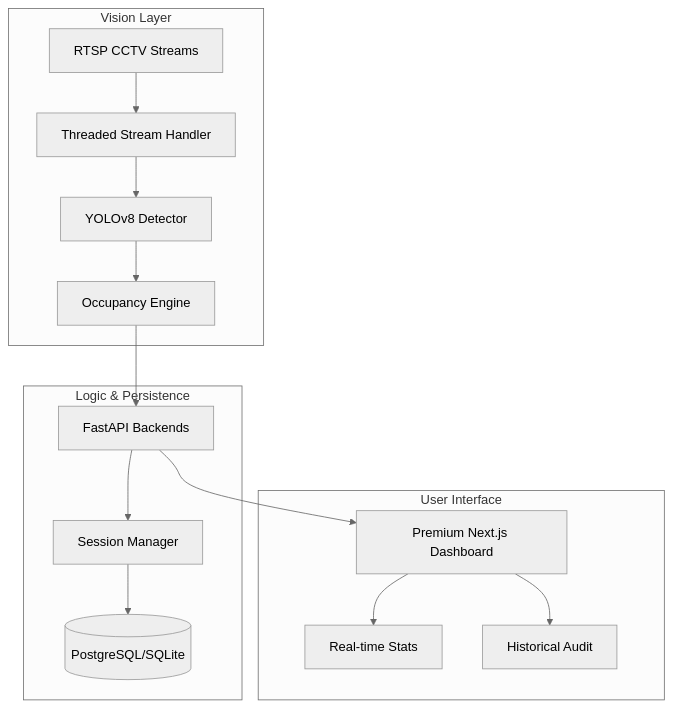
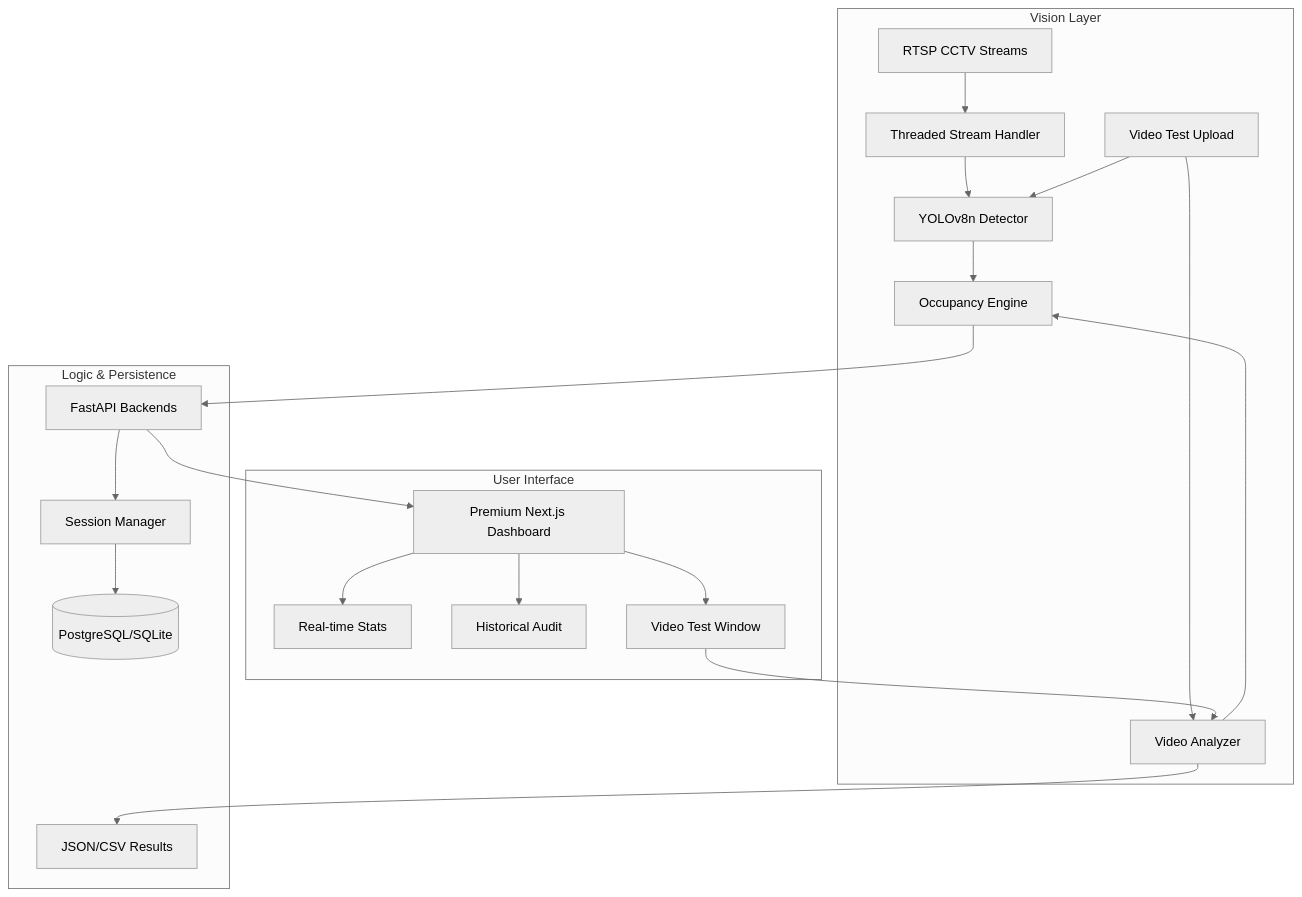
The diagram in README.md (angkon-125/worker-seat-tracker), drawn with Mermaid (neutral theme) before and after one commit. The commit also changed other lines of this file and 32 other files, not shown here.

Commit message:
Add Video Test module with single seat tracking (A) and improved UI

````diff
--- a/README.md
+++ b/README.md
@@ -24,20 +27,27 @@
 ```mermaid
 graph TD
     subgraph "Vision Layer"
         A[RTSP CCTV Streams] --> B[Threaded Stream Handler]
-        B --> C[YOLOv8 Detector]
+        B --> C[YOLOv8n Detector]
         C --> D[Occupancy Engine]
+        
+        V[Video Test Upload] --> C
+        V --> VT[Video Analyzer]
+        VT --> D
     end
     
     subgraph "Logic & Persistence"
         D --> E[FastAPI Backends]
         E --> F[Session Manager]
         F --> G[(PostgreSQL/SQLite)]
+        VT --> VR[JSON/CSV Results]
     end
     
     subgraph "User Interface"
         E --> H[Premium Next.js Dashboard]
         H --> I[Real-time Stats]
         H --> J[Historical Audit]
+        H --> VTUI[Video Test Window]
+        VTUI --> VT
     end
 ```
````
